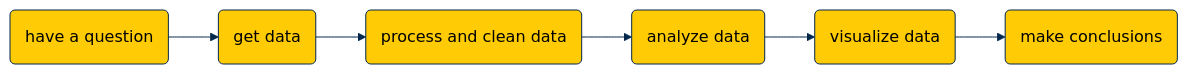
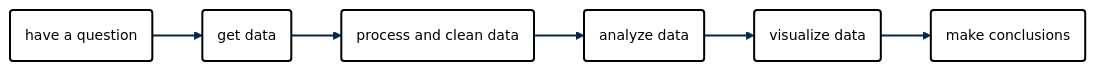
The diagram in do-files/README.md (agrogan1/Stata), drawn with Mermaid before and after one commit.

````diff
--- a/do-files/README.md
+++ b/do-files/README.md
@@ -3,24 +3,24 @@
 ```mermaid
 %%{
   init: {
-    'theme': 'base',
+    'theme': 'neo',
     'themeVariables': {
       'primaryColor': '#FFCB05',
       'primaryTextColor': '#000000',
       'primaryBorderColor': '#00274C',
       'lineColor': '#00274C',
       'secondaryColor': '#00274C',
       'secondaryTextColor': '#000000',
       'tertiaryColor': '#F2F2F2',
       'tertiaryBorderColor': '#00274C'
     }
   }
 }%%
 
 flowchart LR
   A(have a question) --> B(get data)
   B --> C(process and clean data) 
   C --> D(analyze data)
   D --> E(visualize data)
   E --> F(make conclusions)
 ```
````
